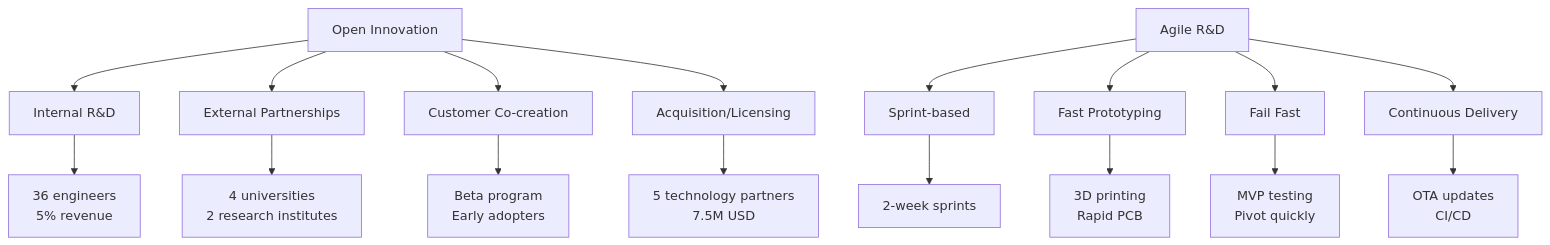
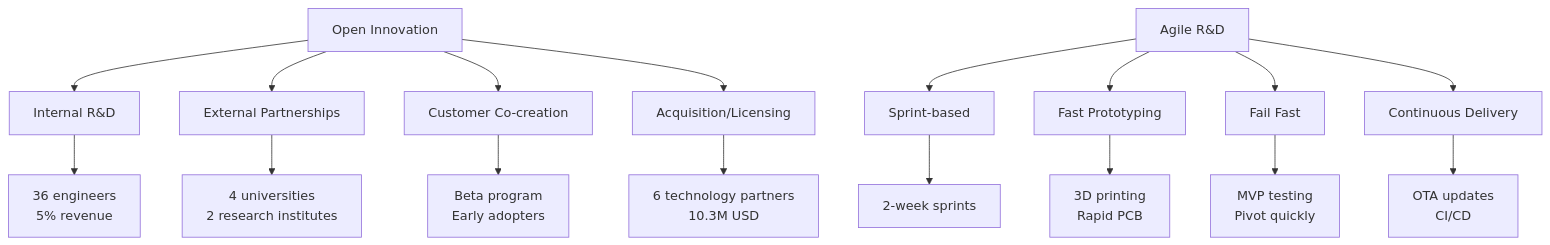
One commit to Mekong-HCM/MEKONG_TECHNOLOGY changed the sixth of 7 diagrams in TRINH_BAY_KCNC/01_DE_AN_CHINH/MEKONG_TECHNOLOGY_MAU_1.4_PROFESSIONAL_2025-10-20_PROCESSED.md. Above: the diagram before and after it, drawn with Mermaid. The commit also changed other lines of this file and 6 other files, not shown here.

````diff
--- a/TRINH_BAY_KCNC/01_DE_AN_CHINH/MEKONG_TECHNOLOGY_MAU_1.4_PROFESSIONAL_2025-10-20_PROCESSED.md
+++ b/TRINH_BAY_KCNC/01_DE_AN_CHINH/MEKONG_TECHNOLOGY_MAU_1.4_PROFESSIONAL_2025-10-20_PROCESSED.md
@@ -4435,22 +4452,22 @@
 ```mermaid
 graph TB
     A[Open Innovation] --> B[Internal R&D]
     A --> C[External Partnerships]
     A --> D[Customer Co-creation]
     A --> E[Acquisition/Licensing]
     
     B --> B1[36 engineers<br/>5% revenue]
     C --> C1[4 universities<br/>2 research institutes]
     D --> D1[Beta program<br/>Early adopters]
-    E --> E1[5 technology partners<br/>7.5M USD]
+    E --> E1[6 technology partners<br/>10.3M USD]
     
     F[Agile R&D] --> G[Sprint-based]
     F --> H[Fast Prototyping]
     F --> I[Fail Fast]
     F --> J[Continuous Delivery]
     
     G --> G1[2-week sprints]
     H --> H1[3D printing<br/>Rapid PCB]
     I --> I1[MVP testing<br/>Pivot quickly]
     J --> J1[OTA updates<br/>CI/CD]
 ```
````
